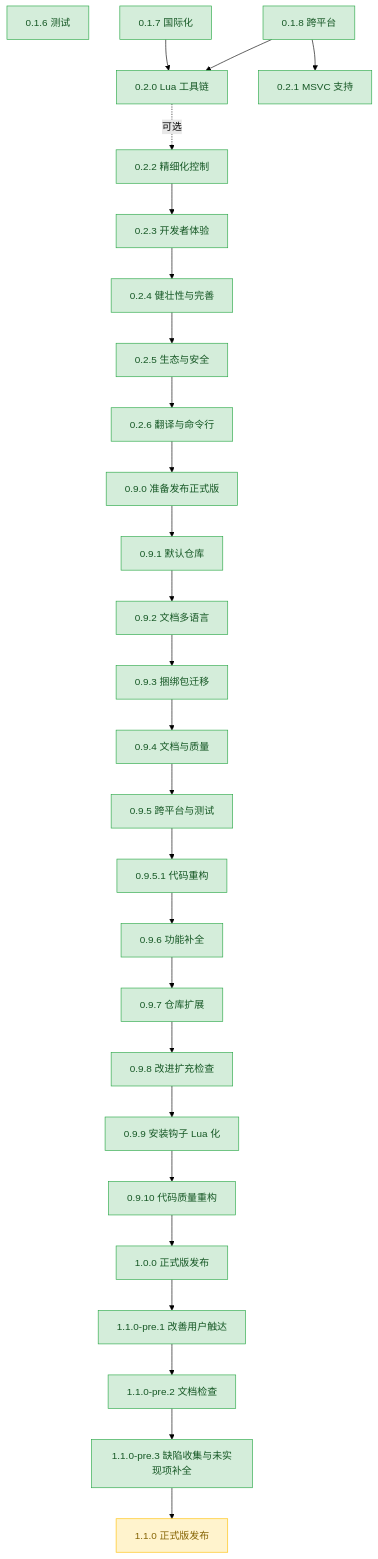
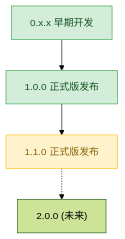
One commit to 3667808244/EazyMake changed the diagram in plans/README.md. Above: the diagram before and after it, drawn with Mermaid (forest theme). The commit also changed other lines of this file and 39 other files, not shown here.

````diff
--- a/plans/README.md
+++ b/plans/README.md
@@ -86,63 +50,18 @@
 ```mermaid
 graph TD
-    v016["0.1.6 测试"]
-    v017["0.1.7 国际化"]
-    v018["0.1.8 跨平台"]
-    v020["0.2.0 Lua 工具链"]
-    v021["0.2.1 MSVC 支持"]
-    v022["0.2.2 精细化控制"]
-    v023["0.2.3 开发者体验"]
-    v024["0.2.4 健壮性与完善"]
-    v025["0.2.5 生态与安全"]
-    v026["0.2.6 翻译与命令行"]
-    v090["0.9.0 准备发布正式版"]
-    v091["0.9.1 默认仓库"]
-    v092["0.9.2 文档多语言"]
-    v093["0.9.3 捆绑包迁移"]
-    v094["0.9.4 文档与质量"]
-    v095["0.9.5 跨平台与测试"]
-    v0951["0.9.5.1 代码重构"]
-    v096["0.9.6 功能补全"]
-    v097["0.9.7 仓库扩展"]
-    v098["0.9.8 改进扩充检查"]
-    v099["0.9.9 安装钩子 Lua 化"]
-    v0910["0.9.10 代码质量重构"]
+    v0xx["0.x.x 早期开发"]
     v100["1.0.0 正式版发布"]
-    v110pre1["1.1.0-pre.1 改善用户触达"]
-    v110pre2["1.1.0-pre.2 文档检查"]
-    v110pre3["1.1.0-pre.3 缺陷收集与未实现项补全"]
     v110["1.1.0 正式版发布"]
+    v200["2.0.0 (未来)"]
 
-    v018 --> v021
-    v017 --> v020
-    v018 --> v020
-    v020 -.可选.-> v022
-    v022 --> v023
-    v023 --> v024
-    v024 --> v025
-    v025 --> v026
-    v026 --> v090
-    v090 --> v091
-    v091 --> v092
-    v092 --> v093
-    v093 --> v094
-    v094 --> v095
-    v095 --> v0951
-    v0951 --> v096
-    v096 --> v097
-    v097 --> v098
-    v098 --> v099
-    v099 --> v0910
-    v0910 --> v100
-    v100 --> v110pre1
-    v110pre1 --> v110pre2
-    v110pre2 --> v110pre3
-    v110pre3 --> v110
+    v0xx --> v100
+    v100 --> v110
+    v110 -.-> v200
 
     classDef done fill:#d4edda,stroke:#28a745,color:#155724;
     classDef active fill:#fff3cd,stroke:#ffc107,color:#856404;
     classDef todo fill:#e2e3e5,stroke:#6c757d,color:#383d41;
 
-    class v016,v017,v018,v020,v021,v022,v023,v024,v025,v026,v090,v091,v092,v093,v094,v095,v0951,v096,v097,v098,v099,v0910,v100,v110pre1,v110pre2,v110pre3 done;
+    class v0xx,v100 done;
     class v110 active;
 ```
````
